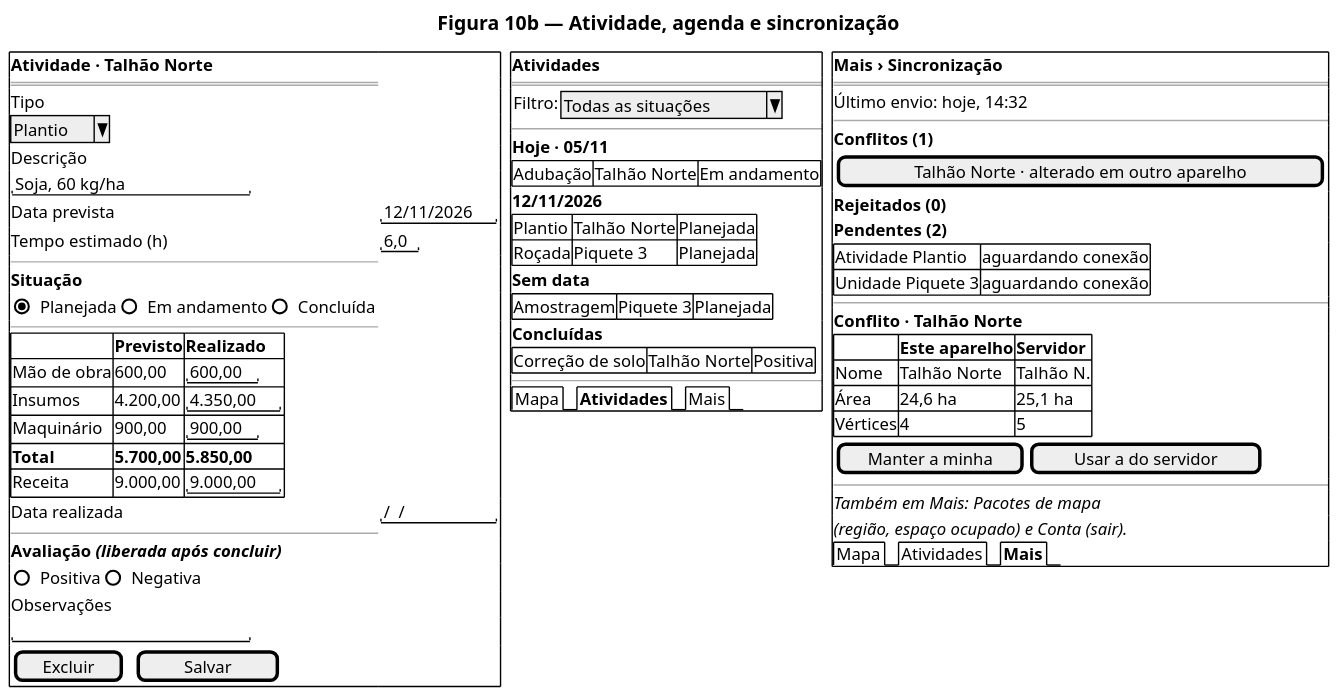
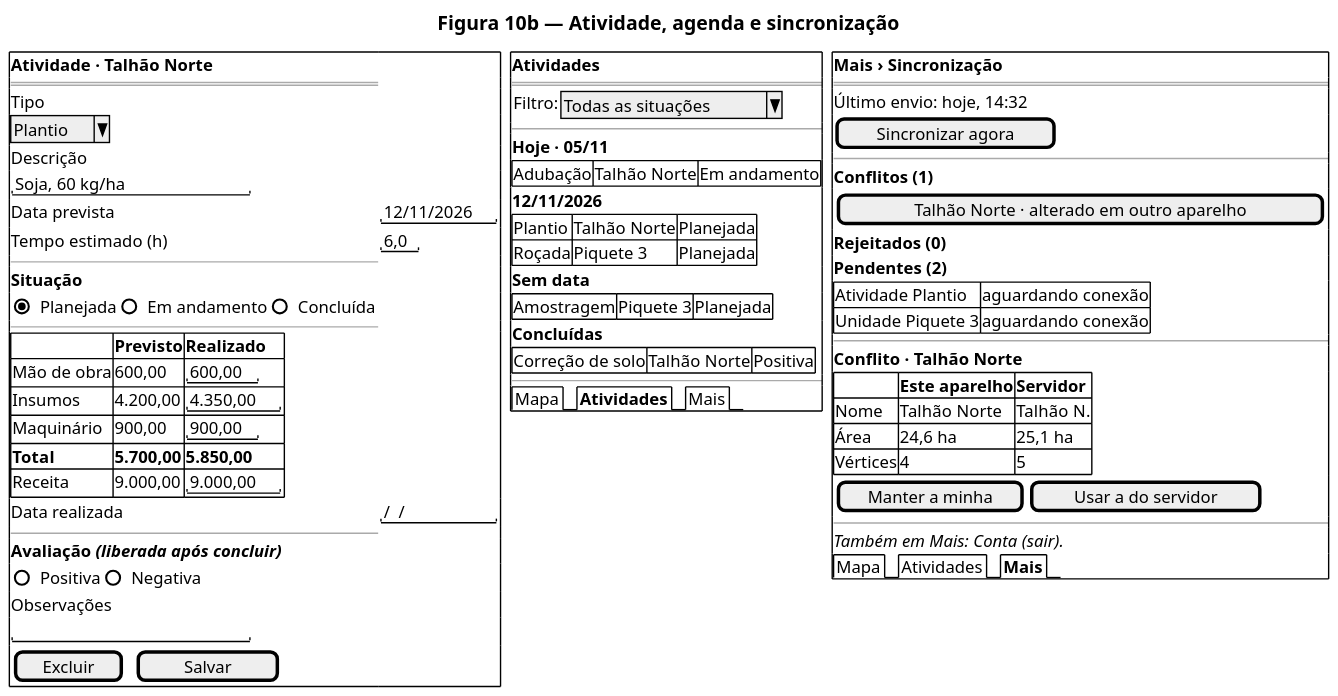
One commit to rpomar/AgroManejo changed the diagram in entrega-basica/diagramas/telas-b.puml. Above: the diagram before and after it, drawn with PlantUML. The commit also changed 26 other files, not shown here.

```diff
--- a/entrega-basica/diagramas/telas-b.puml
+++ b/entrega-basica/diagramas/telas-b.puml
@@ -1,87 +1,87 @@
 @startuml telas-b
 skinparam dpi 150
 skinparam defaultFontName Arial
 title Figura 10b — Atividade, agenda e sincronização
 salt
 {
   {+
     <b>Atividade · Talhão Norte
     ==
     Tipo
     ^Plantio^
     Descrição
     "Soja, 60 kg/ha       "
     Data prevista | "12/11/2026"
     Tempo estimado (h) | "6,0"
     --
     <b>Situação
     { (X) Planejada | () Em andamento | () Concluída }
     --
     {#
       . | <b>Previsto | <b>Realizado
       Mão de obra | 600,00 | "600,00"
       Insumos | 4.200,00 | "4.350,00"
       Maquinário | 900,00 | "900,00"
       <b>Total | <b>5.700,00 | <b>5.850,00
       Receita | 9.000,00 | "9.000,00"
     }
     Data realizada | "  /  /    "
     --
     <b>Avaliação <i>(liberada após concluir)
     { () Positiva | () Negativa }
     Observações
     "                     "
     { [ Excluir ] | . | [   Salvar   ] }
   } | . | {+
     <b>Atividades
     ==
     { Filtro: | ^Todas as situações^ }
     --
     <b>Hoje · 05/11
     {#
       Adubação | Talhão Norte | Em andamento
     }
     <b>12/11/2026
     {#
       Plantio | Talhão Norte | Planejada
       Roçada | Piquete 3 | Planejada
     }
     <b>Sem data
     {#
       Amostragem | Piquete 3 | Planejada
     }
     <b>Concluídas
     {#
       Correção de solo | Talhão Norte | Positiva
     }
     --
     {/ Mapa | <b>Atividades | Mais }
   } | . | {+
     <b>Mais › Sincronização
     ==
     Último envio: hoje, 14:32
+    [ Sincronizar agora ]
     --
     <b>Conflitos (1)
     { [ Talhão Norte · alterado em outro aparelho ] }
     <b>Rejeitados (0)
     <b>Pendentes (2)
     {#
       Atividade Plantio | aguardando conexão
       Unidade Piquete 3 | aguardando conexão
     }
     --
     <b>Conflito · Talhão Norte
     {#
       . | <b>Este aparelho | <b>Servidor
       Nome | Talhão Norte | Talhão N.
       Área | 24,6 ha | 25,1 ha
       Vértices | 4 | 5
     }
     { [ Manter a minha ] | [ Usar a do servidor ] }
     --
-    <i>Também em Mais: Pacotes de mapa
-    <i>(região, espaço ocupado) e Conta (sair).
+    <i>Também em Mais: Conta (sair).
     {/ Mapa | Atividades | <b>Mais }
   }
 }
 @enduml
```
